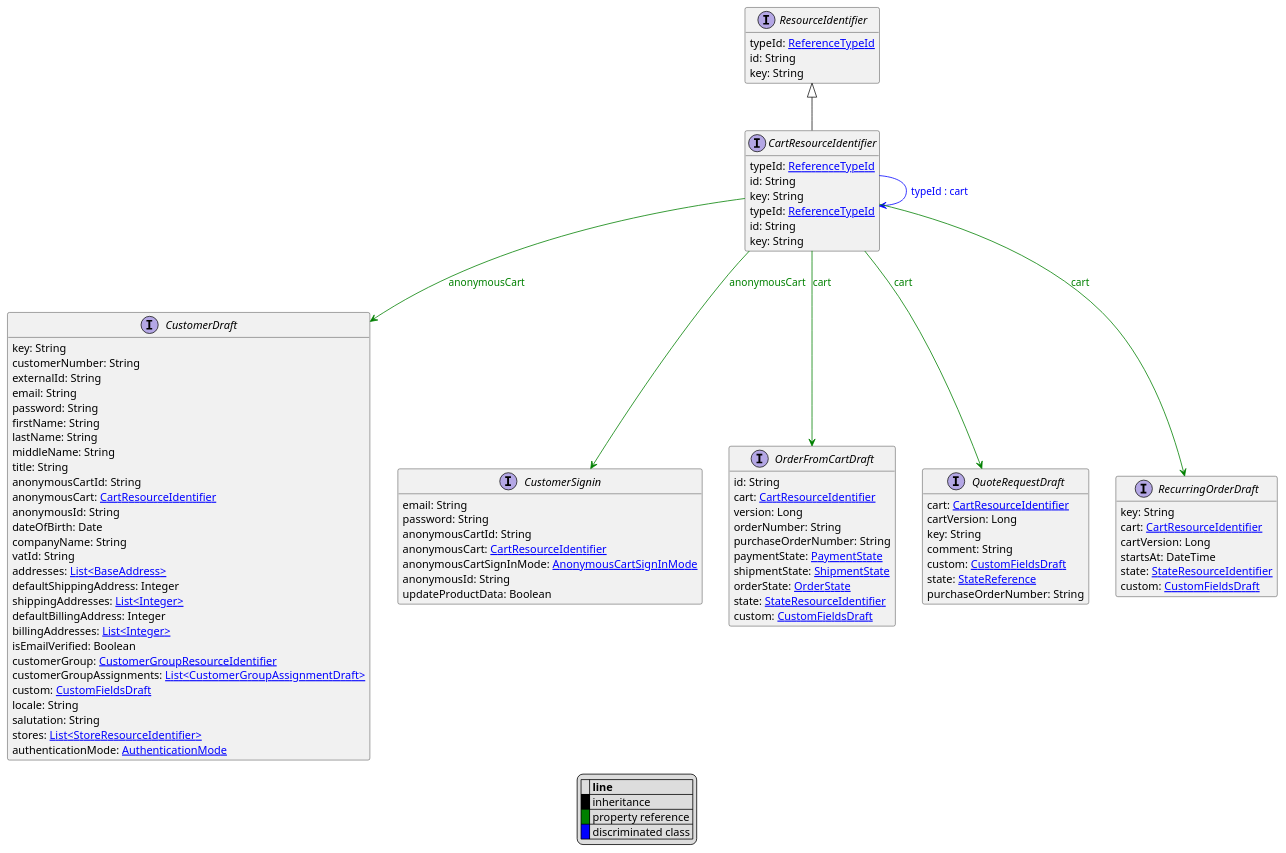
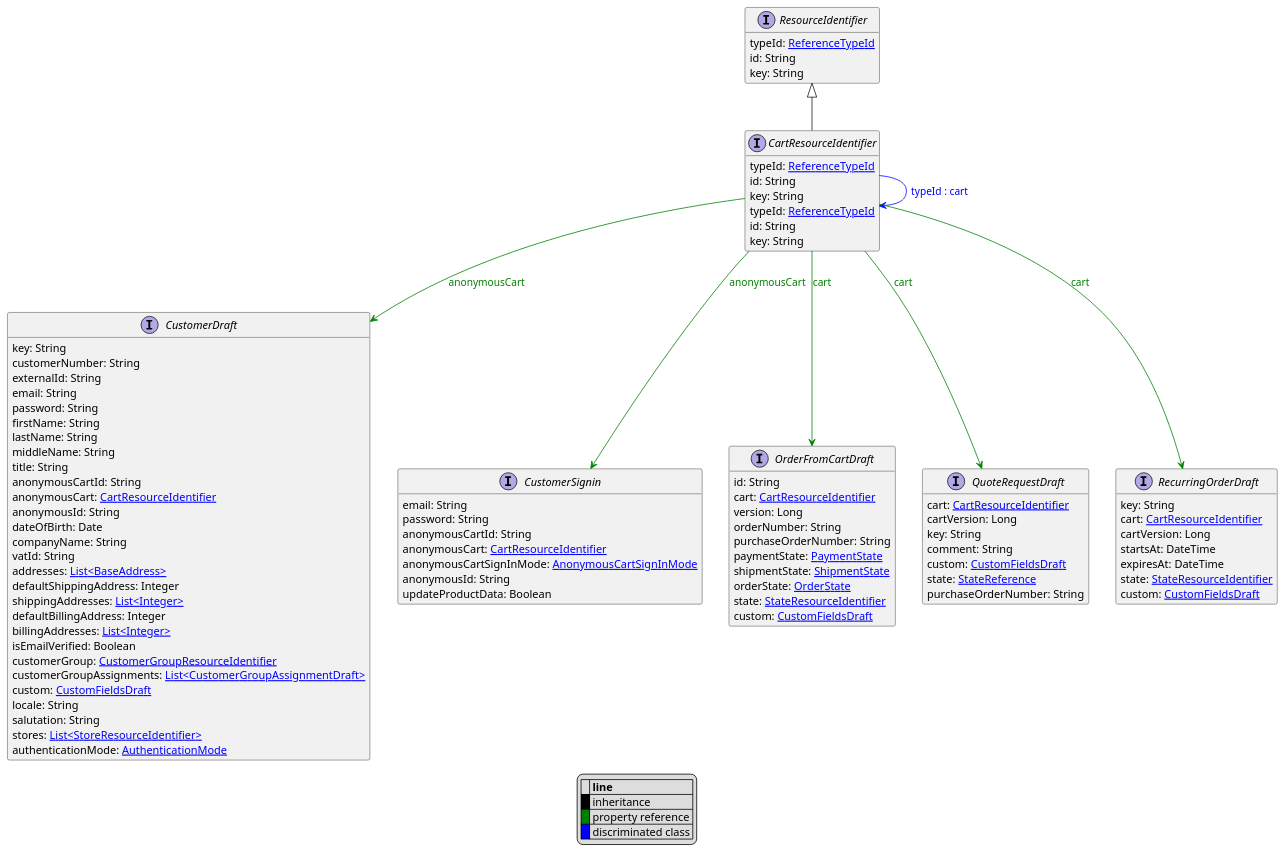
One commit to commercetools/commercetools-api-reference changed the diagram in uml/api/CartResourceIdentifier.puml. Above: the diagram before and after it, drawn with PlantUML. The commit also changed 28 other files, not shown here.

```diff
--- a/uml/api/CartResourceIdentifier.puml
+++ b/uml/api/CartResourceIdentifier.puml
@@ -1,101 +1,102 @@
 @startuml
 
 hide empty fields
 hide empty methods
 legend
 |= |= line |
 |<back:black>   </back>| inheritance |
 |<back:green>   </back>| property reference |
 |<back:blue>   </back>| discriminated class |
 endlegend
 interface CartResourceIdentifier [[CartResourceIdentifier.svg]] extends ResourceIdentifier {
     typeId: [[ReferenceTypeId.svg ReferenceTypeId]]
     id: String
     key: String
 }
 interface ResourceIdentifier [[ResourceIdentifier.svg]]  {
     typeId: [[ReferenceTypeId.svg ReferenceTypeId]]
     id: String
     key: String
 }
 
 interface CartResourceIdentifier [[CartResourceIdentifier.svg]]  {
     typeId: [[ReferenceTypeId.svg ReferenceTypeId]]
     id: String
     key: String
 }
 interface CustomerDraft [[CustomerDraft.svg]]  {
     key: String
     customerNumber: String
     externalId: String
     email: String
     password: String
     firstName: String
     lastName: String
     middleName: String
     title: String
     anonymousCartId: String
     anonymousCart: [[CartResourceIdentifier.svg CartResourceIdentifier]]
     anonymousId: String
     dateOfBirth: Date
     companyName: String
     vatId: String
     addresses: [[BaseAddress.svg List<BaseAddress>]]
     defaultShippingAddress: Integer
     shippingAddresses: [[Integer.svg List<Integer>]]
     defaultBillingAddress: Integer
     billingAddresses: [[Integer.svg List<Integer>]]
     isEmailVerified: Boolean
     customerGroup: [[CustomerGroupResourceIdentifier.svg CustomerGroupResourceIdentifier]]
     customerGroupAssignments: [[CustomerGroupAssignmentDraft.svg List<CustomerGroupAssignmentDraft>]]
     custom: [[CustomFieldsDraft.svg CustomFieldsDraft]]
     locale: String
     salutation: String
     stores: [[StoreResourceIdentifier.svg List<StoreResourceIdentifier>]]
     authenticationMode: [[AuthenticationMode.svg AuthenticationMode]]
 }
 interface CustomerSignin [[CustomerSignin.svg]]  {
     email: String
     password: String
     anonymousCartId: String
     anonymousCart: [[CartResourceIdentifier.svg CartResourceIdentifier]]
     anonymousCartSignInMode: [[AnonymousCartSignInMode.svg AnonymousCartSignInMode]]
     anonymousId: String
     updateProductData: Boolean
 }
 interface OrderFromCartDraft [[OrderFromCartDraft.svg]]  {
     id: String
     cart: [[CartResourceIdentifier.svg CartResourceIdentifier]]
     version: Long
     orderNumber: String
     purchaseOrderNumber: String
     paymentState: [[PaymentState.svg PaymentState]]
     shipmentState: [[ShipmentState.svg ShipmentState]]
     orderState: [[OrderState.svg OrderState]]
     state: [[StateResourceIdentifier.svg StateResourceIdentifier]]
     custom: [[CustomFieldsDraft.svg CustomFieldsDraft]]
 }
 interface QuoteRequestDraft [[QuoteRequestDraft.svg]]  {
     cart: [[CartResourceIdentifier.svg CartResourceIdentifier]]
     cartVersion: Long
     key: String
     comment: String
     custom: [[CustomFieldsDraft.svg CustomFieldsDraft]]
     state: [[StateReference.svg StateReference]]
     purchaseOrderNumber: String
 }
 interface RecurringOrderDraft [[RecurringOrderDraft.svg]]  {
     key: String
     cart: [[CartResourceIdentifier.svg CartResourceIdentifier]]
     cartVersion: Long
     startsAt: DateTime
+    expiresAt: DateTime
     state: [[StateResourceIdentifier.svg StateResourceIdentifier]]
     custom: [[CustomFieldsDraft.svg CustomFieldsDraft]]
 }
 CartResourceIdentifier --> CartResourceIdentifier #blue;text:blue : "typeId : cart"
 CartResourceIdentifier --> CustomerDraft #green;text:green : "anonymousCart"
 CartResourceIdentifier --> CustomerSignin #green;text:green : "anonymousCart"
 CartResourceIdentifier --> OrderFromCartDraft #green;text:green : "cart"
 CartResourceIdentifier --> QuoteRequestDraft #green;text:green : "cart"
 CartResourceIdentifier --> RecurringOrderDraft #green;text:green : "cart"
 @enduml
```
